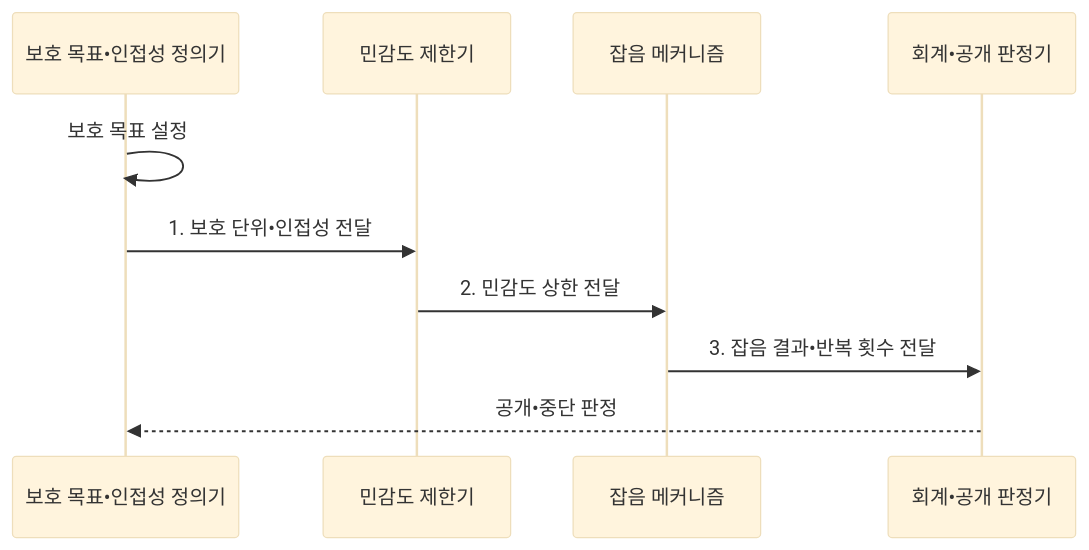
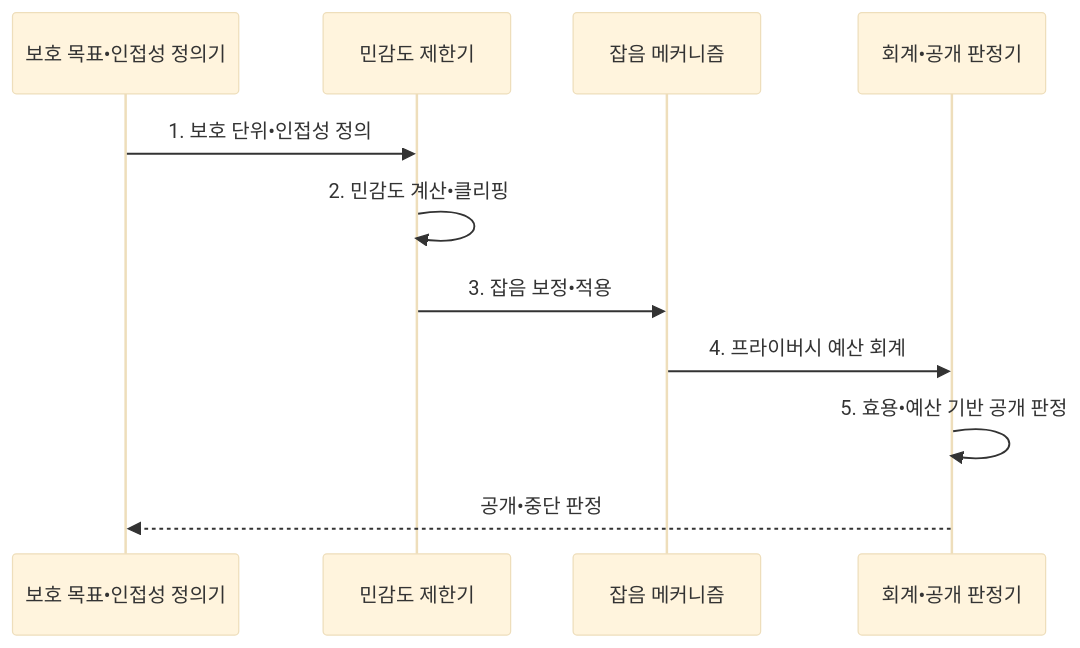
The second of 2 diagrams in src/content/docs/notes/08-latest-tech/113_differential_privacy.md (agnusdei1207/knowledge-base), drawn with Mermaid (base theme) before and after one commit. The commit also changed other lines of this file and 15 other files, not shown here.

````diff
--- a/src/content/docs/notes/08-latest-tech/113_differential_privacy.md
+++ b/src/content/docs/notes/08-latest-tech/113_differential_privacy.md
@@ -108,12 +108,13 @@
 ```mermaid
 sequenceDiagram
     participant A as 보호 목표•인접성 정의기
     participant C as 민감도 제한기
     participant N as 잡음 메커니즘
     participant P as 회계•공개 판정기
-    A->>A: 보호 목표 설정
-    A->>C: 1. 보호 단위•인접성 전달
-    C->>N: 2. 민감도 상한 전달
-    N->>P: 3. 잡음 결과•반복 횟수 전달
+    A->>C: 1. 보호 단위•인접성 정의
+    C->>C: 2. 민감도 계산•클리핑
+    C->>N: 3. 잡음 보정•적용
+    N->>P: 4. 프라이버시 예산 회계
+    P->>P: 5. 효용•예산 기반 공개 판정
     P-->>A: 공개•중단 판정
 ```
````
